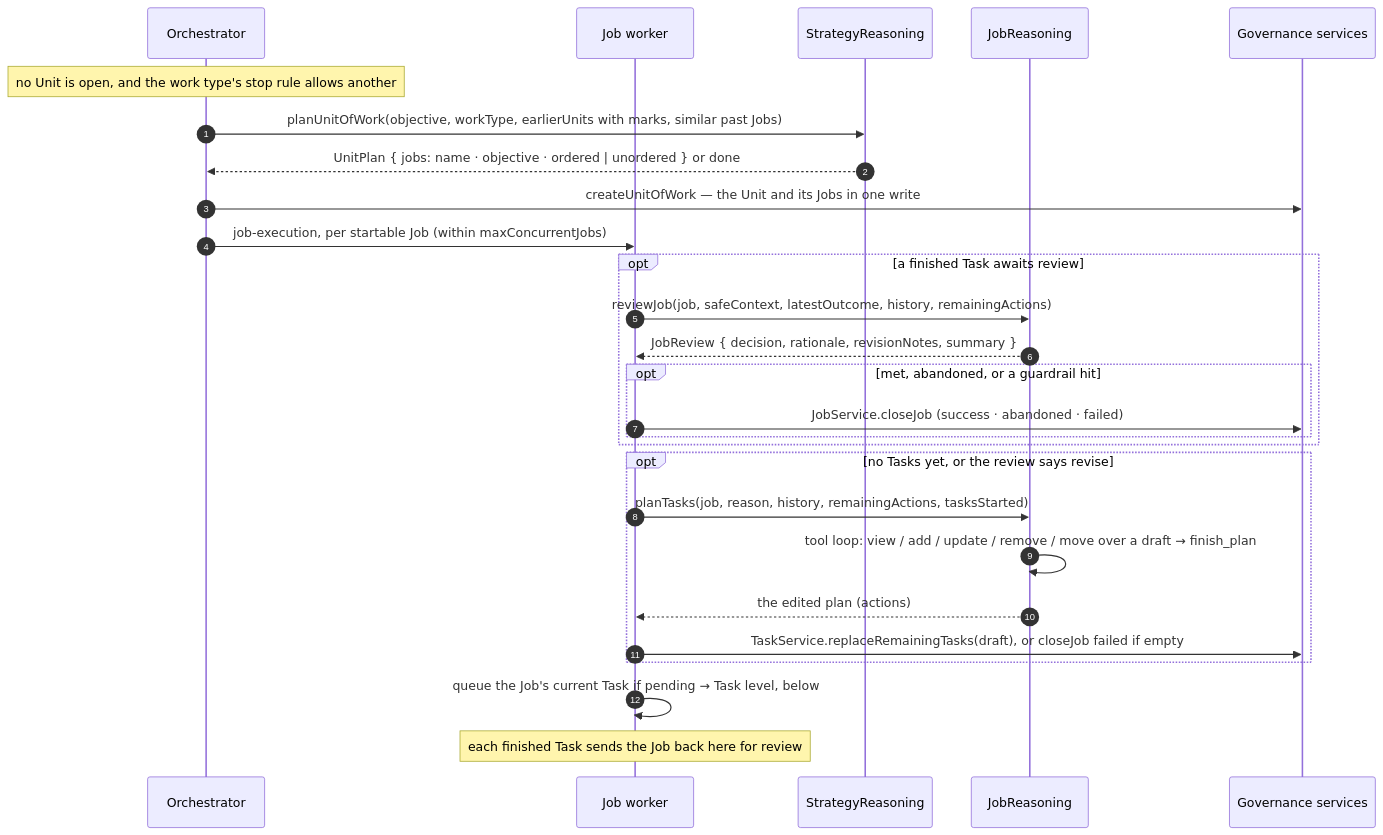
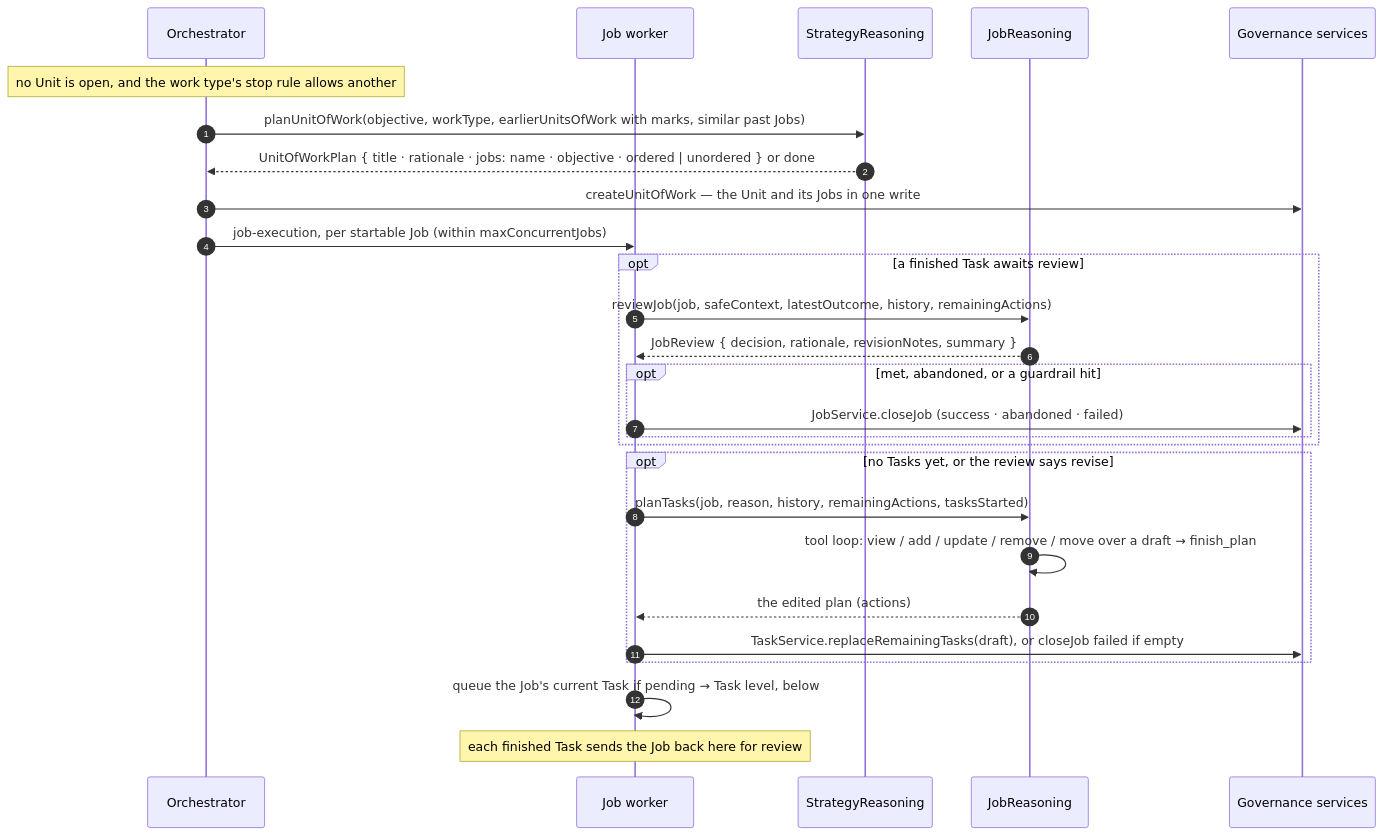
Before and after one commit to BaraaSoft/agentcores: the second of 5 diagrams in packages/backend/src/reasoning/tech-spec.md, drawn with Mermaid. The commit also changed other lines of this file and 24 other files, not shown here.

First line of the commit message:
Enhance UnitOfWork structure with title and rationale properties

````diff
--- a/packages/backend/src/reasoning/tech-spec.md
+++ b/packages/backend/src/reasoning/tech-spec.md
@@ -101,30 +101,30 @@
 ```mermaid
 sequenceDiagram
     autonumber
     participant O as Orchestrator
     participant JW as Job worker
     participant S as StrategyReasoning
     participant J as JobReasoning
     participant DB as Governance services
 
     Note over O: no Unit is open, and the work type's stop rule allows another
-    O->>S: planUnitOfWork(objective, workType, earlierUnits with marks, similar past Jobs)
-    S-->>O: UnitPlan { jobs: name · objective · ordered | unordered } or done
+    O->>S: planUnitOfWork(objective, workType, earlierUnitsOfWork with marks, similar past Jobs)
+    S-->>O: UnitOfWorkPlan { title · rationale · jobs: name · objective · ordered | unordered } or done
     O->>DB: createUnitOfWork — the Unit and its Jobs in one write
     O->>JW: job-execution, per startable Job (within maxConcurrentJobs)
     opt a finished Task awaits review
         JW->>J: reviewJob(job, safeContext, latestOutcome, history, remainingActions)
         J-->>JW: JobReview { decision, rationale, revisionNotes, summary }
         opt met, abandoned, or a guardrail hit
             JW->>DB: JobService.closeJob (success · abandoned · failed)
         end
     end
     opt no Tasks yet, or the review says revise
         JW->>J: planTasks(job, reason, history, remainingActions, tasksStarted)
         J->>J: tool loop: view / add / update / remove / move over a draft → finish_plan
         J-->>JW: the edited plan (actions)
         JW->>DB: TaskService.replaceRemainingTasks(draft), or closeJob failed if empty
     end
     JW->>JW: queue the Job's current Task if pending → Task level, below
     Note over JW: each finished Task sends the Job back here for review
 ```
````
